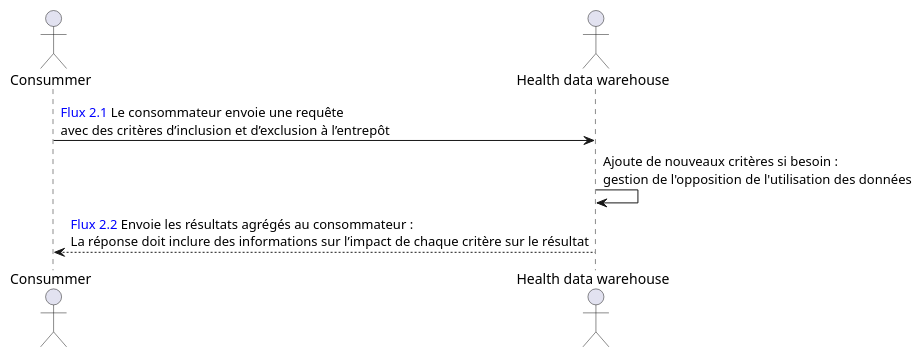
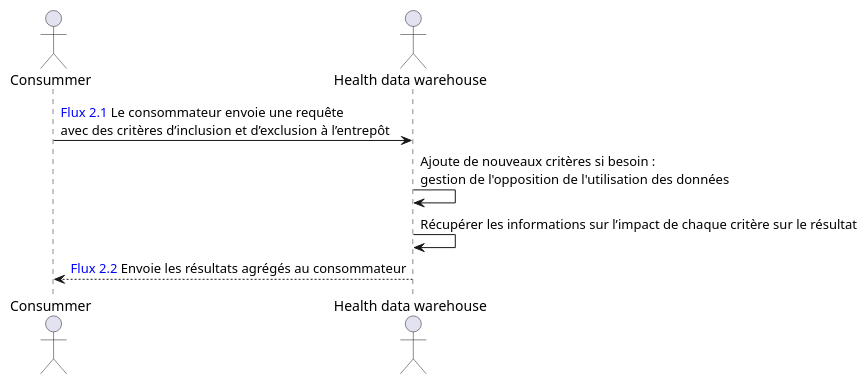
Before and after one commit to ONCOFAIR/FHIR-ImplementationGuide-Article: the diagram in input/images-source/feasibility_study_research_flow_fonctionnal.plantuml, drawn with PlantUML. The commit also changed 35 other files, not shown here.

```diff
--- a/input/images-source/feasibility_study_research_flow_fonctionnal.plantuml
+++ b/input/images-source/feasibility_study_research_flow_fonctionnal.plantuml
@@ -1,8 +1,9 @@
 @startuml
 actor "Consummer" as C
 actor "Health data warehouse" as EDS
 
 C -> EDS: <color:blue>Flux 2.1</color> Le consommateur envoie une requête \navec des critères d’inclusion et d’exclusion à l’entrepôt
 EDS-> EDS : Ajoute de nouveaux critères si besoin : \ngestion de l'opposition de l'utilisation des données
-EDS --> C: <color:blue>Flux 2.2</color> Envoie les résultats agrégés au consommateur : \nLa réponse doit inclure des informations sur l’impact de chaque critère sur le résultat
+EDS-> EDS : Récupérer les informations sur l’impact de chaque critère sur le résultat
+EDS --> C: <color:blue>Flux 2.2</color> Envoie les résultats agrégés au consommateur
 @enduml
```
